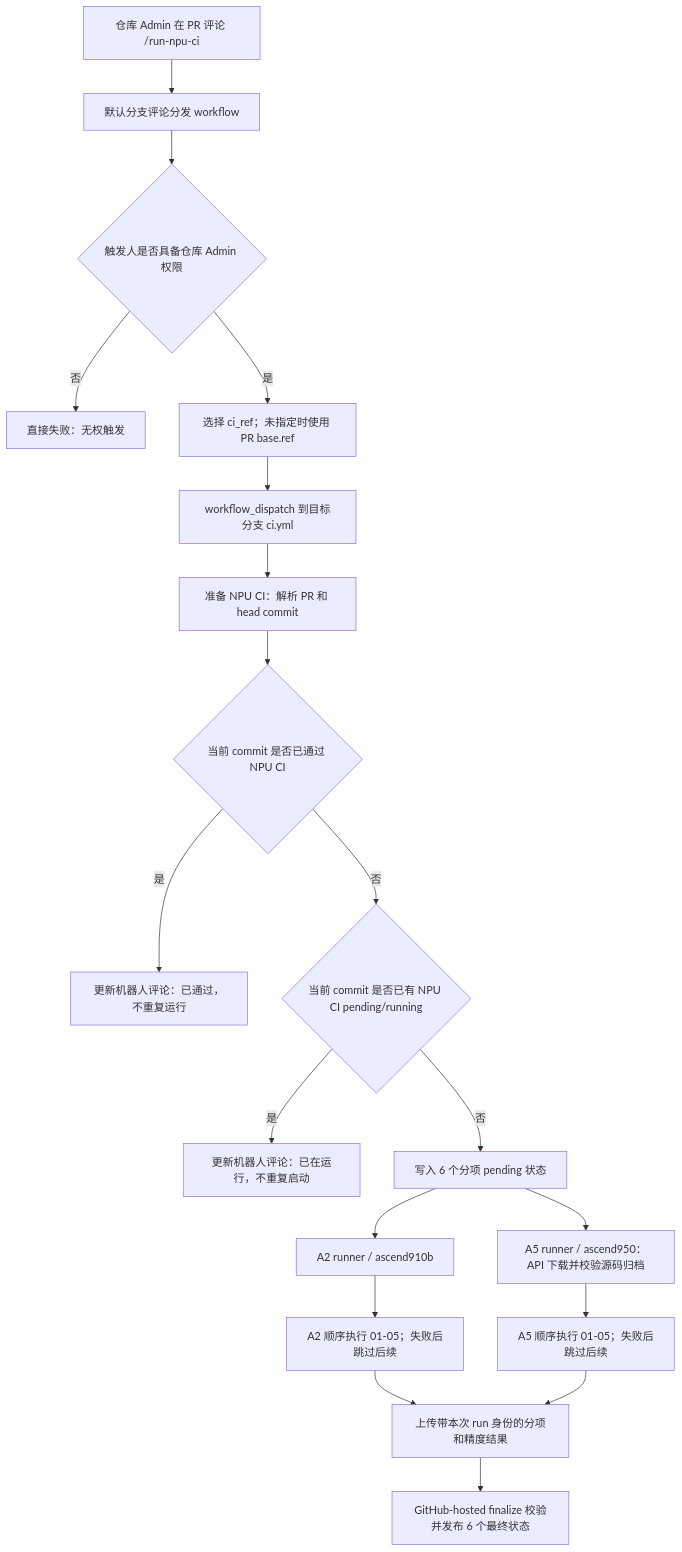
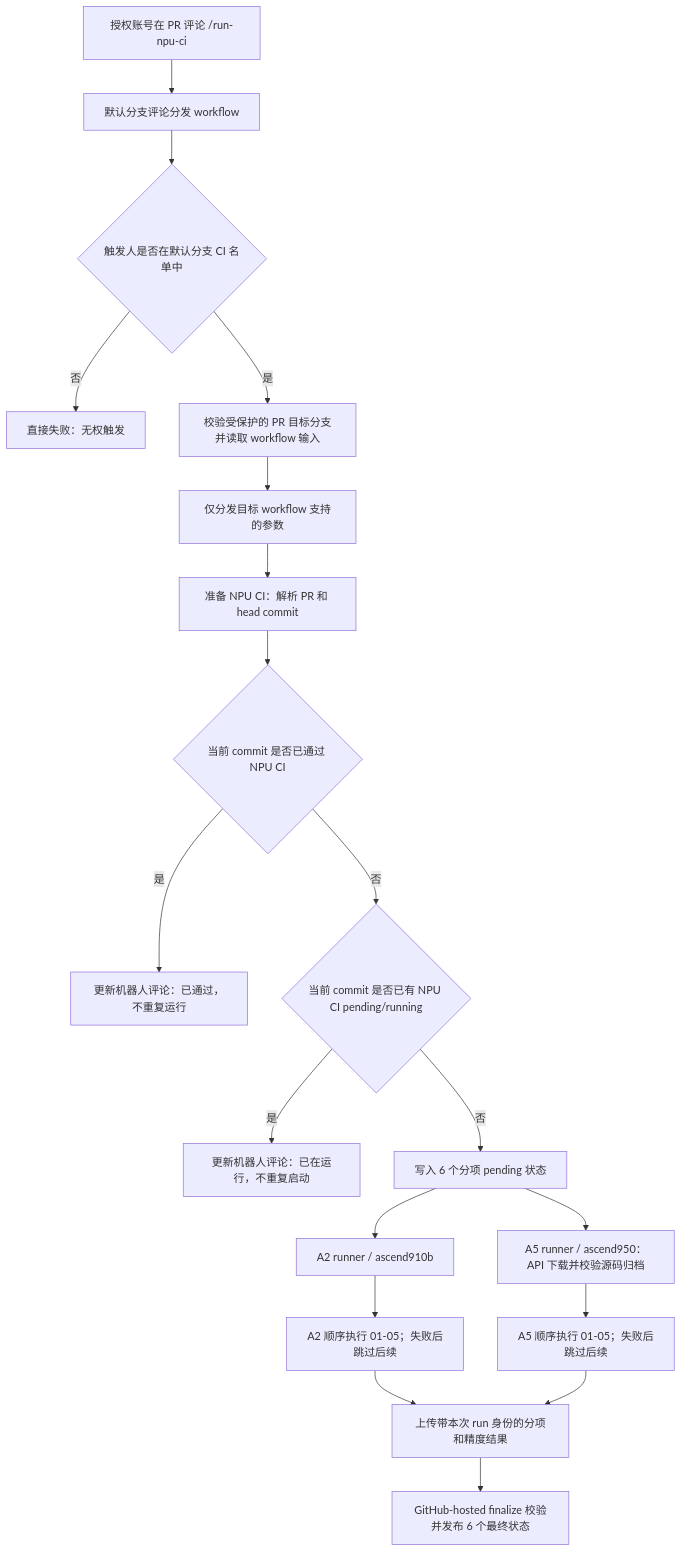
Before and after one commit to flashserve/flash-linear-attention-npu: the second of 4 diagrams in docs/Fla-npu仓CI部署教程.md, drawn with Mermaid. The commit also changed other lines of this file and 22 other files, not shown here.

````diff
--- a/docs/Fla-npu仓CI部署教程.md
+++ b/docs/Fla-npu仓CI部署教程.md
@@ -96,21 +103,21 @@
 ```mermaid
 flowchart TD
-    A["仓库 Admin 在 PR 评论 /run-npu-ci"] --> B["默认分支评论分发 workflow"]
-    B --> C{"触发人是否具备仓库 Admin 权限"}
+    A["授权账号在 PR 评论 /run-npu-ci"] --> B["默认分支评论分发 workflow"]
+    B --> C{"触发人是否在默认分支 CI 名单中"}
     C -- "否" --> D["直接失败：无权触发"]
-    C -- "是" --> E["选择 ci_ref；未指定时使用 PR base.ref"]
-    E --> F["workflow_dispatch 到目标分支 ci.yml"]
+    C -- "是" --> E["校验受保护的 PR 目标分支并读取 workflow 输入"]
+    E --> F["仅分发目标 workflow 支持的参数"]
     F --> G["准备 NPU CI：解析 PR 和 head commit"]
     G --> H{"当前 commit 是否已通过 NPU CI"}
     H -- "是" --> I["更新机器人评论：已通过，不重复运行"]
     H -- "否" --> J{"当前 commit 是否已有 NPU CI pending/running"}
     J -- "是" --> K["更新机器人评论：已在运行，不重复启动"]
     J -- "否" --> L["写入 6 个分项 pending 状态"]
     L --> M["A2 runner / ascend910b"]
     L --> N["A5 runner / ascend950：API 下载并校验源码归档"]
     M --> O["A2 顺序执行 01-05；失败后跳过后续"]
     N --> P["A5 顺序执行 01-05；失败后跳过后续"]
     O --> Q["上传带本次 run 身份的分项和精度结果"]
     P --> Q
     Q --> R["GitHub-hosted finalize 校验并发布 6 个最终状态"]
 ```
````
